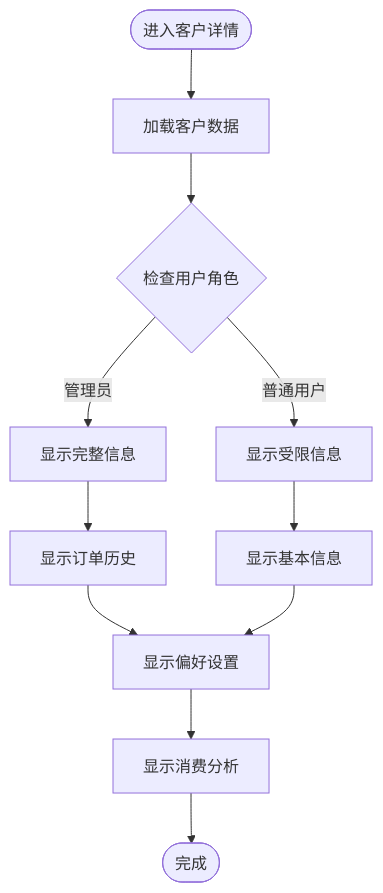
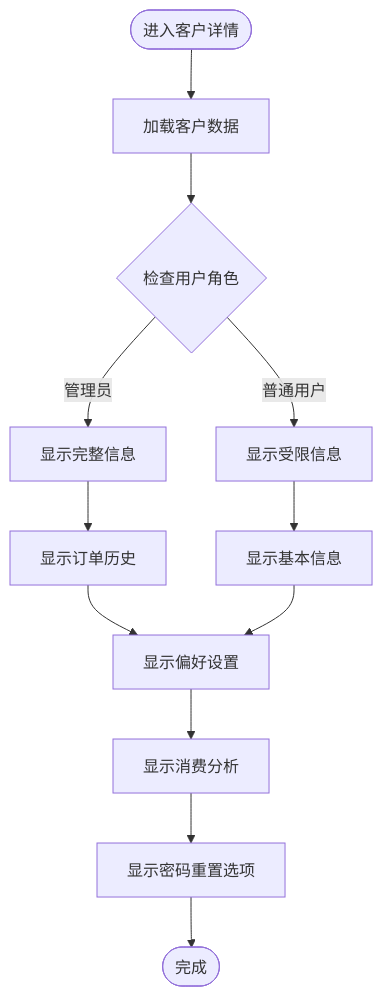
One commit to three3638-arch/celestia_2b changed the fifth of 11 diagrams in .qoder/repowiki/zh/content/管理后台系统/客户管理系统.md. Above: the diagram before and after it, drawn with Mermaid. The commit also changed other lines of this file and 8 other files, not shown here.

````diff
--- a/.qoder/repowiki/zh/content/管理后台系统/客户管理系统.md
+++ b/.qoder/repowiki/zh/content/管理后台系统/客户管理系统.md
@@ -242,13 +276,14 @@
 ```mermaid
 flowchart TD
 Start([进入客户详情]) --> LoadData[加载客户数据]
 LoadData --> CheckRole{检查用户角色}
 CheckRole --> |管理员| ShowFullInfo[显示完整信息]
 CheckRole --> |普通用户| ShowLimitedInfo[显示受限信息]
 ShowFullInfo --> ShowOrders[显示订单历史]
 ShowLimitedInfo --> ShowBasicInfo[显示基本信息]
 ShowOrders --> ShowPreferences[显示偏好设置]
 ShowBasicInfo --> ShowPreferences
 ShowPreferences --> ShowAnalytics[显示消费分析]
-ShowAnalytics --> End([完成])
+ShowAnalytics --> ShowPasswordReset[显示密码重置选项]
+ShowPasswordReset --> End([完成])
 ```
````
